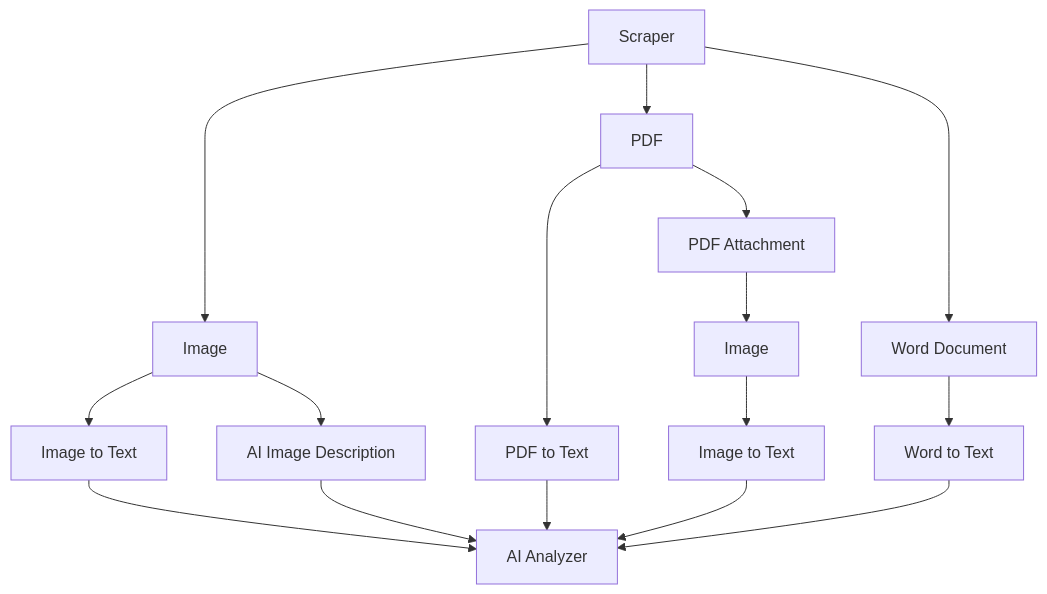
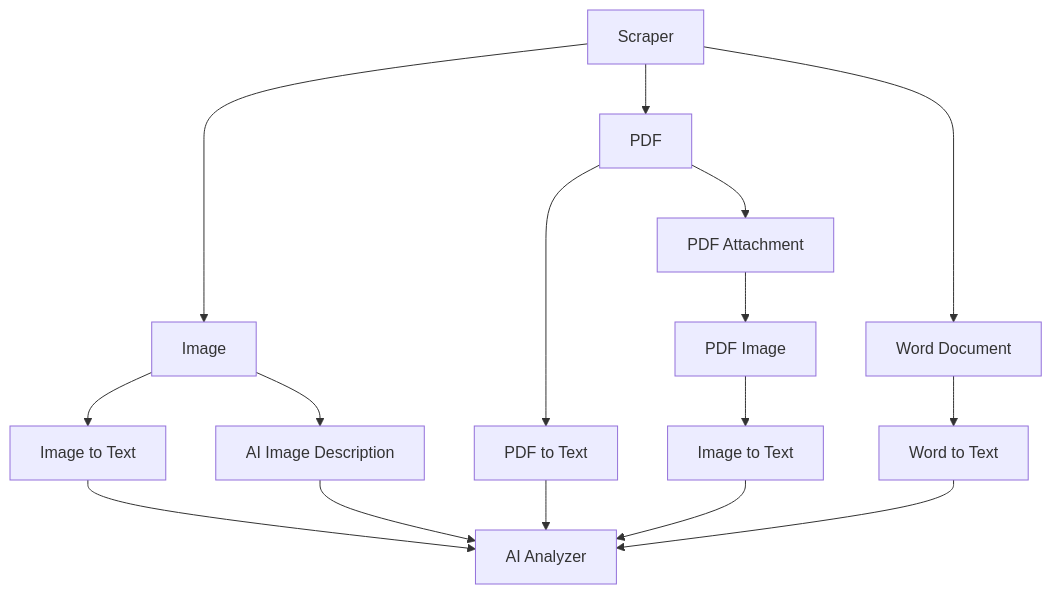
Before and after one commit to HNygard/offpost: the first of 2 diagrams in README.md, drawn with Mermaid.

Commit message:
Fix naming collision in document flow diagram

````diff
--- a/README.md
+++ b/README.md
@@ -122,23 +122,23 @@
 ```mermaid
 graph TD;
     Scraper[Scraper] --> Image[Image]
     Scraper --> PDF[PDF]
     Scraper --> Word[Word Document]
     
     Image --> ImageToText[Image to Text]
     Image --> AIImageDesc[AI Image Description]
     
     PDF --> PDFToText[PDF to Text]
     PDF --> PDFAttachment[PDF Attachment]
     
-    PDFAttachment --> AttachImage[Image]
-    AttachImage --> AttachImageToText[Image to Text]
+    PDFAttachment --> PDFImage[PDF Image]
+    PDFImage --> PDFImageToText[Image to Text]
     
     Word --> WordToText[Word to Text]
     
     ImageToText --> AIAnalyzer[AI Analyzer]
     AIImageDesc --> AIAnalyzer
     PDFToText --> AIAnalyzer
-    AttachImageToText --> AIAnalyzer
+    PDFImageToText --> AIAnalyzer
     WordToText --> AIAnalyzer
 ```
````
